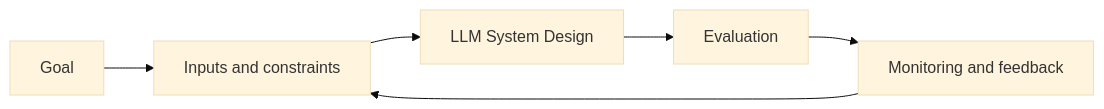
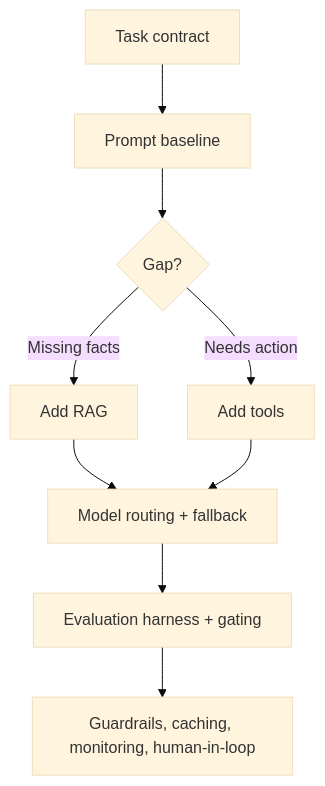
One commit to Icon1cc/Machine-Learning changed the diagram in llms/16-llm-system-design.md. Above: the diagram before and after it, drawn with Mermaid (base theme). The commit also changed other lines of this file and 118 other files, not shown here.

````diff
--- a/llms/16-llm-system-design.md
+++ b/llms/16-llm-system-design.md
@@ -93,8 +72,11 @@
 ```mermaid
-flowchart LR
-    A[Goal] --> B[Inputs and constraints]
-    B --> C[LLM System Design]
-    C --> D[Evaluation]
-    D --> E[Monitoring and feedback]
-    E --> B
+flowchart TD
+    A[Task contract] --> B[Prompt baseline]
+    B --> C{Gap?}
+    C -- Missing facts --> D[Add RAG]
+    C -- Needs action --> E[Add tools]
+    D --> F[Model routing + fallback]
+    E --> F
+    F --> G[Evaluation harness + gating]
+    G --> H[Guardrails, caching, monitoring, human-in-loop]
 ```
````
